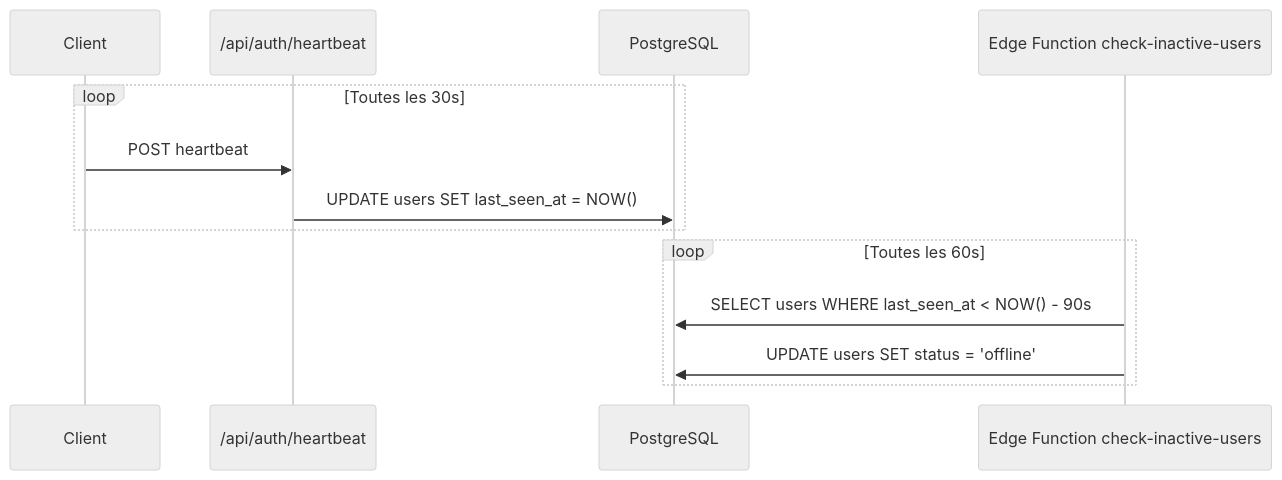
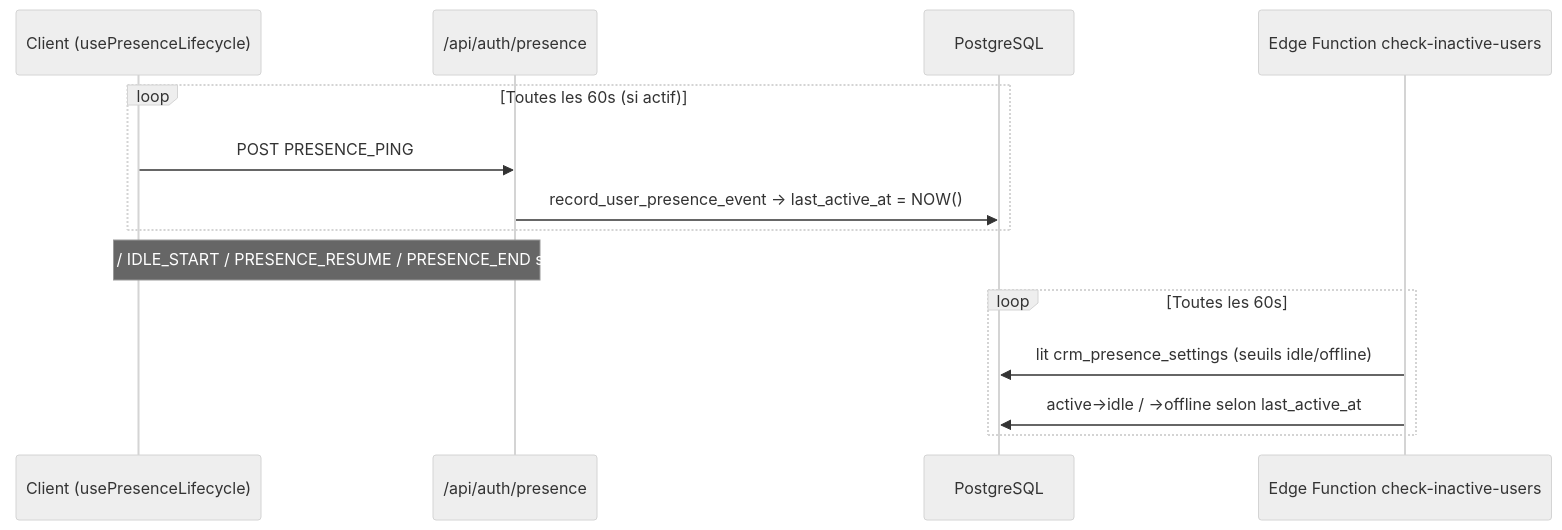
The fifth of 8 diagrams in docs/architecture/auth-and-security.md (gmbsfactory/gmbs-crm), drawn with Mermaid (neutral theme) before and after one commit. The commit also changed other lines of this file and 44 other files, not shown here.

First line of the commit message:
feat(presence): présence CRM active/idle/offline configurable et sécurisée

````diff
--- a/docs/architecture/auth-and-security.md
+++ b/docs/architecture/auth-and-security.md
@@ -334,17 +334,19 @@
 ```mermaid
 sequenceDiagram
-    participant C as Client
-    participant API as /api/auth/heartbeat
+    participant C as Client (usePresenceLifecycle)
+    participant API as /api/auth/presence
     participant DB as PostgreSQL
     participant Cron as Edge Function check-inactive-users
 
-    loop Toutes les 30s
-        C->>API: POST heartbeat
-        API->>DB: UPDATE users SET last_seen_at = NOW()
+    loop Toutes les 60s (si actif)
+        C->>API: POST PRESENCE_PING
+        API->>DB: record_user_presence_event → last_active_at = NOW()
     end
 
+    Note over C,API: AUTH_LOGIN / IDLE_START / PRESENCE_RESUME / PRESENCE_END selon l'activite
+
     loop Toutes les 60s
-        Cron->>DB: SELECT users WHERE last_seen_at < NOW() - 90s
-        Cron->>DB: UPDATE users SET status = 'offline'
+        Cron->>DB: lit crm_presence_settings (seuils idle/offline)
+        Cron->>DB: active→idle / →offline selon last_active_at
     end
 ```
````
